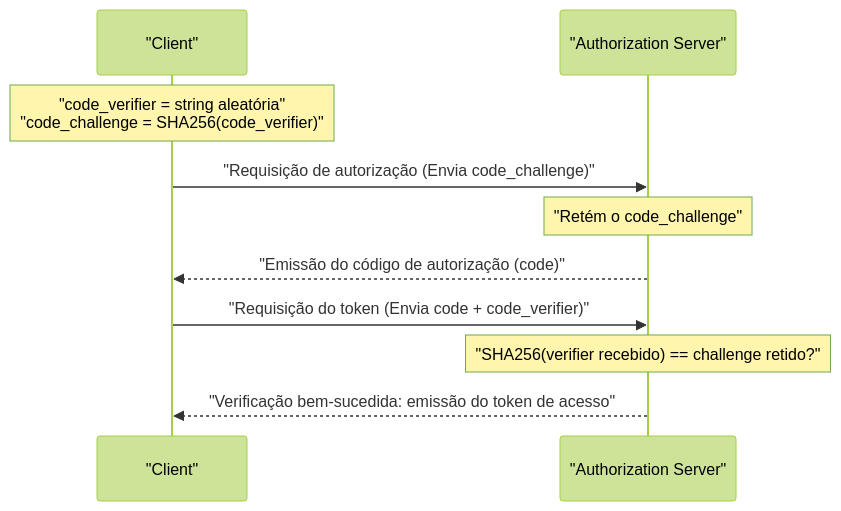
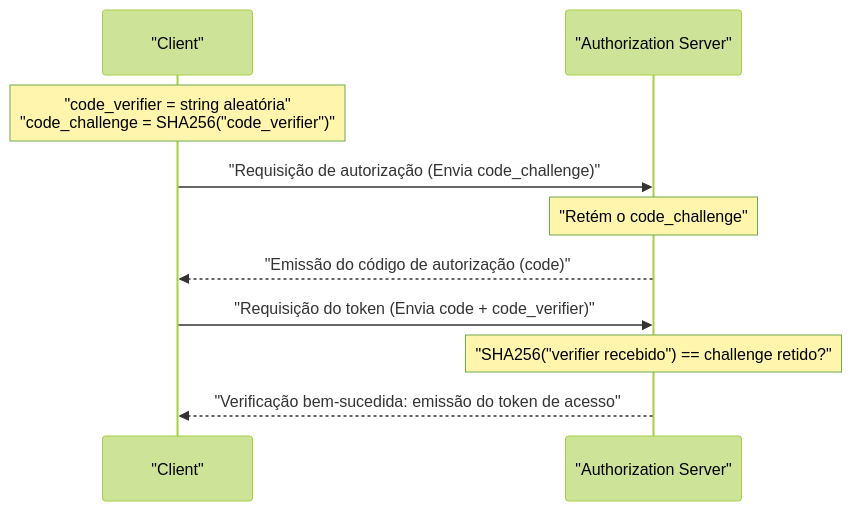
The third of 3 diagrams in content/post/oauth2_slack_app/index.pt.md (kenjinote/blog), drawn with Mermaid (forest theme) before and after one commit. The commit also changed 929 other files, not shown here.

Commit message:
fix: Add double quotes to all Mermaid node texts to resolve syntax errors

````diff
--- a/content/post/oauth2_slack_app/index.pt.md
+++ b/content/post/oauth2_slack_app/index.pt.md
@@ -329,14 +329,14 @@
 ```mermaid
 sequenceDiagram
     participant C as "Client"
     participant AS as "Authorization Server"
     
-    Note over C: "code_verifier = string aleatória"<br/>"code_challenge = SHA256(code_verifier)"
+    Note over C: "code_verifier = string aleatória"<br/>"code_challenge = SHA256("code_verifier")"
     C->>AS: "Requisição de autorização (Envia code_challenge)"
     Note over AS: "Retém o code_challenge"
     AS-->>C: "Emissão do código de autorização (code)"
     
     C->>AS: "Requisição do token (Envia code + code_verifier)"
-    Note over AS: "SHA256(verifier recebido) == challenge retido?"
+    Note over AS: "SHA256("verifier recebido") == challenge retido?"
     AS-->>C: "Verificação bem-sucedida: emissão do token de acesso"
 ```
````
